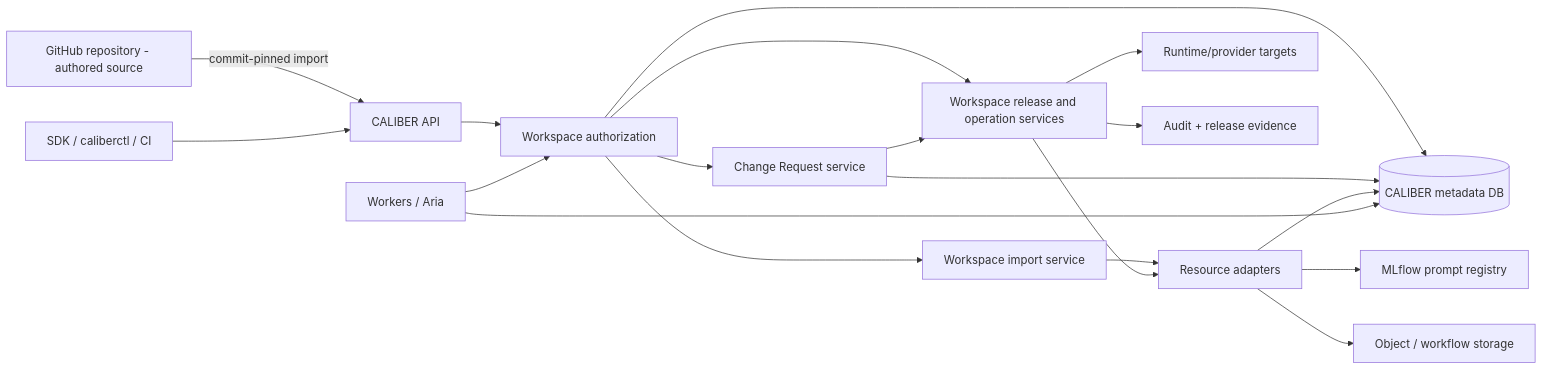
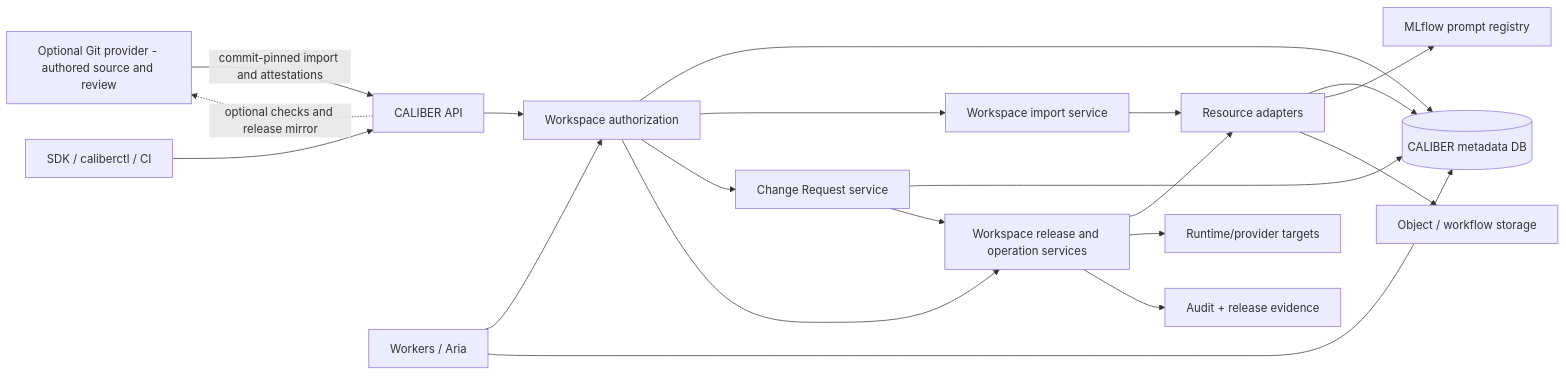
Before and after one commit to rrahimi-uci/caliber-suite: the sixth of 16 diagrams in docs/workspace-plan.md, drawn with Mermaid. The commit also changed other lines of this file, not shown here.

Commit message:
docs: define pluggable source-control lifecycle

````diff
--- a/docs/workspace-plan.md
+++ b/docs/workspace-plan.md
@@ -1447,21 +1717,22 @@
 ```mermaid
 flowchart LR
-    GH[GitHub repository - authored source] -->|commit-pinned import| API[CALIBER API]
+    SCM[Optional Git provider - authored source and review] -->|commit-pinned import and attestations| API[CALIBER API]
     SDK[SDK / caliberctl / CI] --> API
     API --> AUTH[Workspace authorization]
     AUTH --> DB[(CALIBER metadata DB)]
     AUTH --> IMP[Workspace import service]
     AUTH --> CR[Change Request service]
     AUTH --> REL[Workspace release and operation services]
     IMP --> ADAPT[Resource adapters]
     CR --> DB
     CR --> REL
     ADAPT --> DB
     ADAPT --> ML[MLflow prompt registry]
     ADAPT --> OBJ[Object / workflow storage]
     REL --> ADAPT
     REL --> EXT[Runtime/provider targets]
     REL --> AUDIT[Audit + release evidence]
     RUN[Workers / Aria] --> AUTH
     RUN --> DB
+    API -.->|optional checks and release mirror| SCM
 ```
````
